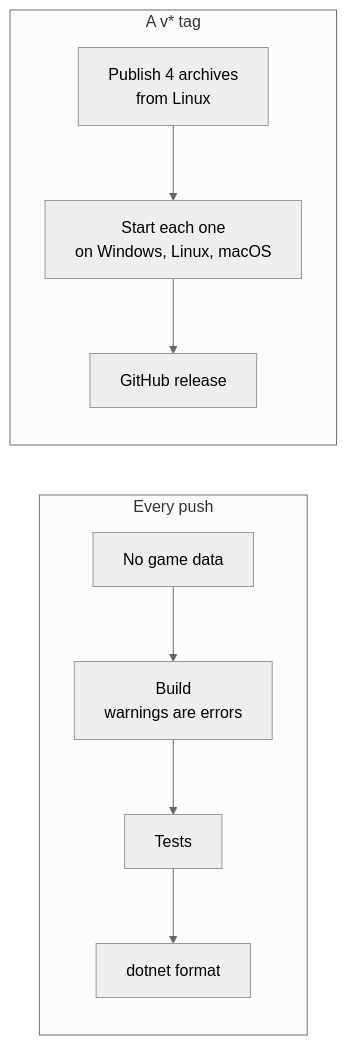
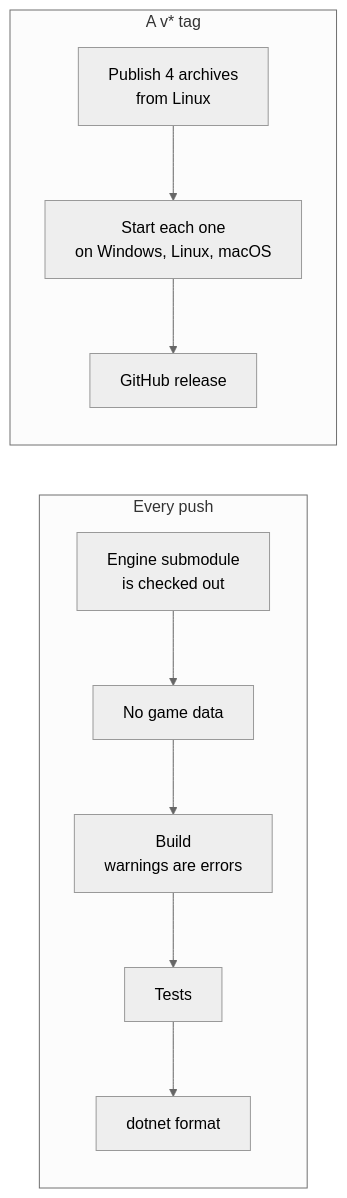
Before and after one commit to hazeliscoding/puzzle-boy: the second of 2 diagrams in docs/keeping-it-honest.md, drawn with Mermaid (neutral theme). The commit also changed other lines of this file and 9 other files, not shown here.

````diff
--- a/docs/keeping-it-honest.md
+++ b/docs/keeping-it-honest.md
@@ -40,9 +40,9 @@
 ```mermaid
 flowchart LR
     subgraph ci["Every push"]
-        guard["No game data"] --> build["Build<br>warnings are errors"] --> tests["Tests"] --> format["dotnet format"]
+        engine["Engine submodule<br>is checked out"] --> guard["No game data"] --> build["Build<br>warnings are errors"] --> tests["Tests"] --> format["dotnet format"]
     end
     subgraph release["A v* tag"]
         publish["Publish 4 archives<br>from Linux"] --> start["Start each one<br>on Windows, Linux, macOS"] --> gh["GitHub release"]
     end
 ```
````
